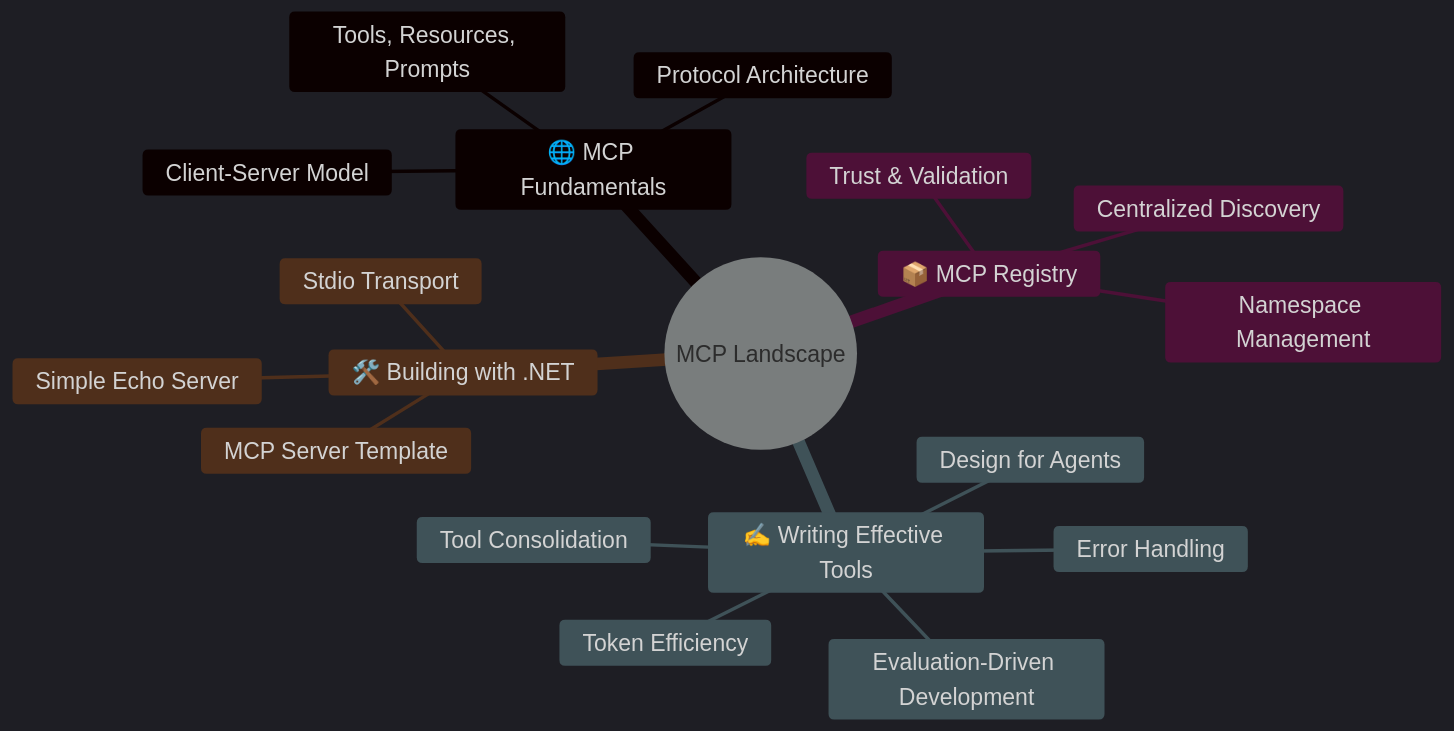
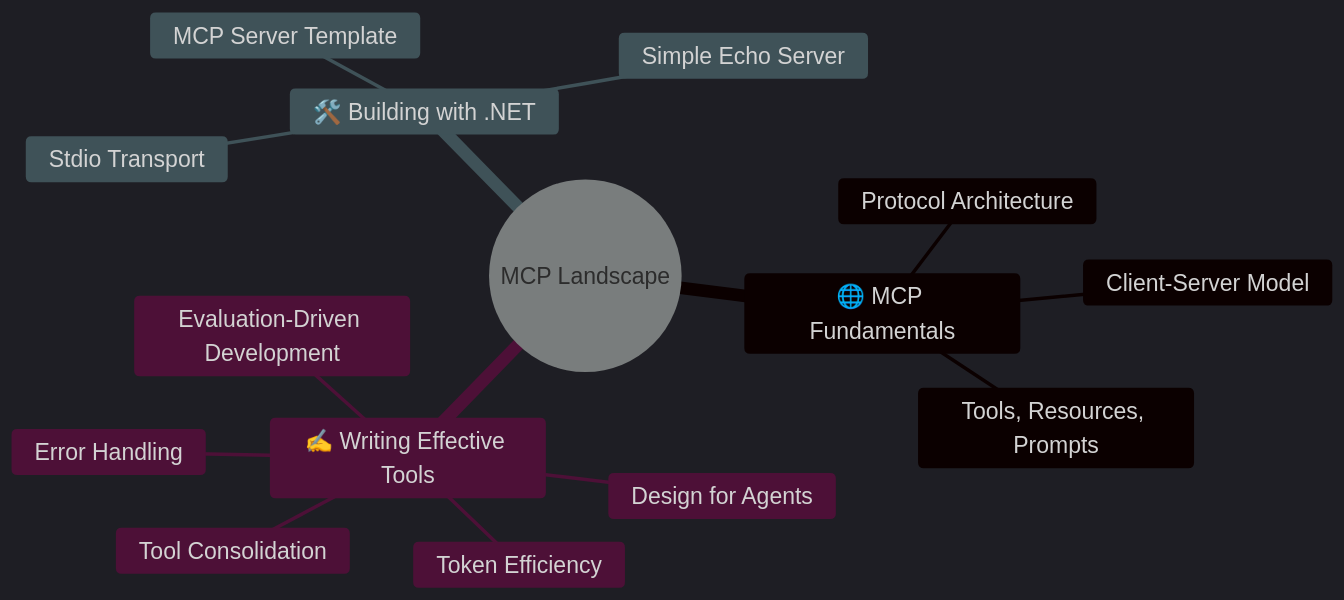
One commit to NikiforovAll/mcp-landscape changed the fourth of 5 diagrams in slides/presentation_part1.md. Above: the diagram before and after it, drawn with Mermaid. The commit also changed other lines of this file and 2 other files, not shown here.

```diff
--- a/slides/presentation_part1.md
+++ b/slides/presentation_part1.md
@@ -931,32 +845,28 @@
 <div class="mermaid">
     %%{init: {
         'theme': 'dark',
         'themeVariables': {
             'fontSize': '20px'
         },
         'flowchart': {
             'nodeSpacing': 500,
             'rankSpacing': 0
         }
     }}%%
     mindmap
         root((MCP Landscape))
             🌐 MCP Fundamentals
                 Protocol Architecture
                 Client-Server Model
                 Tools, Resources, Prompts
-            📦 MCP Registry
-                Centralized Discovery
-                Trust & Validation
-                Namespace Management
             ✍️ Writing Effective Tools
                 Design for Agents
                 Tool Consolidation
                 Token Efficiency
                 Error Handling
                 Evaluation-Driven Development
             🛠️ Building with .NET
                 MCP Server Template
                 Stdio Transport
                 Simple Echo Server
 </div>
```
